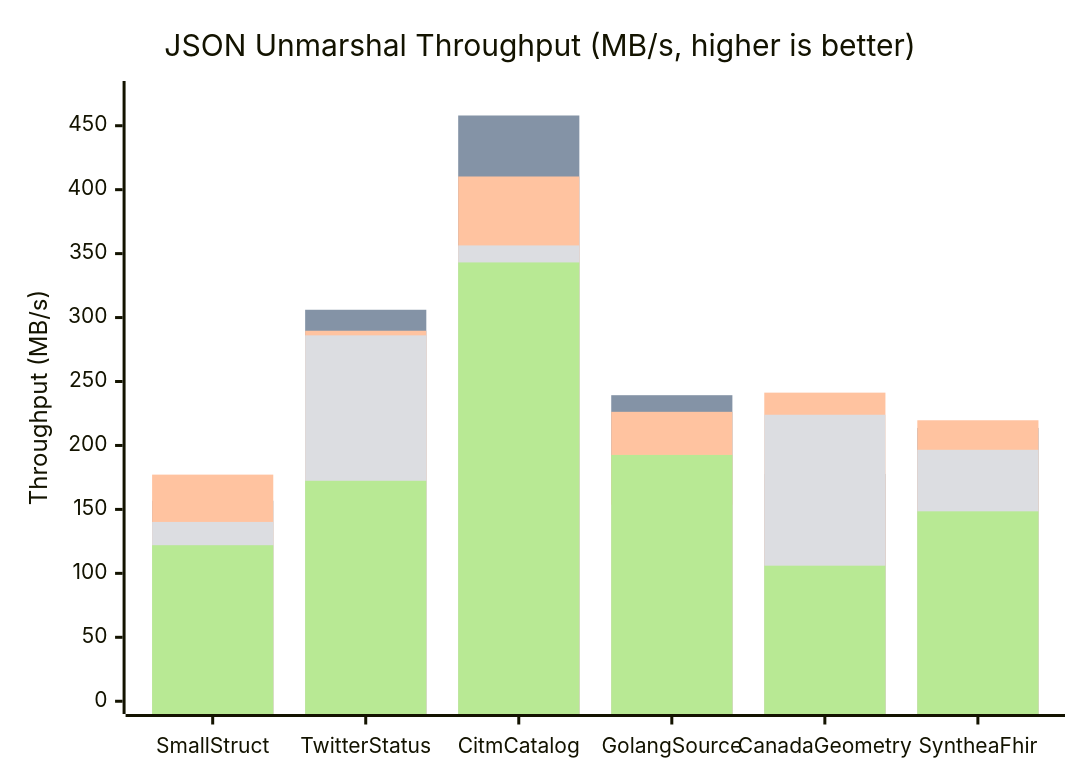
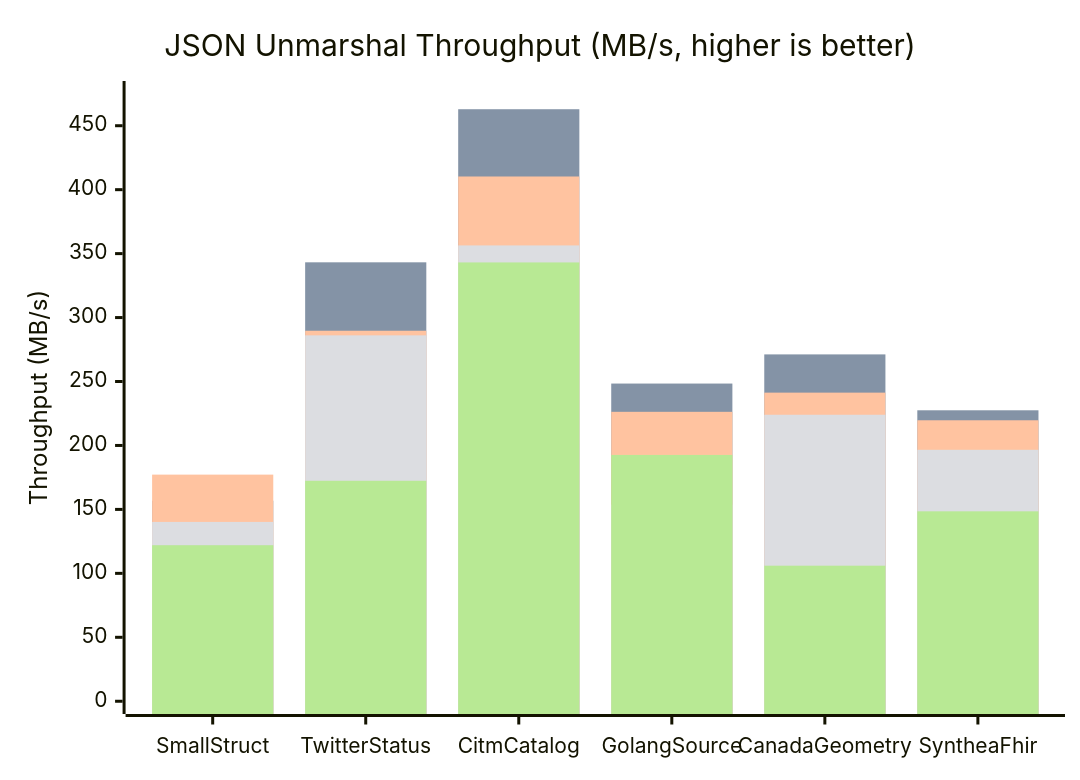
One commit to 404Setup/go changed diagram 16 of 17 in README.md. Above: the diagram before and after it, drawn with Mermaid. The commit also changed other lines of this file and 10 other files, not shown here.

````diff
--- a/README.md
+++ b/README.md
@@ -431,11 +432,11 @@
 ```mermaid
 xychart-beta
     title "JSON Unmarshal Throughput (MB/s, higher is better)"
     x-axis ["SmallStruct", "TwitterStatus", "CitmCatalog", "GolangSource", "CanadaGeometry", "SyntheaFhir"]
     y-axis "Throughput (MB/s)" 0 --> 475
     bar [65.4, 153.6, 201.5, 88.0, 66.4, 141.7]
-    bar [156.8, 306.1, 458.0, 239.3, 177.7, 213.7]
+    bar [156.8, 343.2, 462.9, 248.4, 271.2, 227.5]
     bar [177.2, 289.7, 410.3, 226.3, 241.3, 219.7]
     bar [140.2, 286.1, 356.4, 153.7, 224.0, 196.6]
     bar [122.0, 172.4, 343.1, 192.6, 106.0, 148.5]
 ```
````
